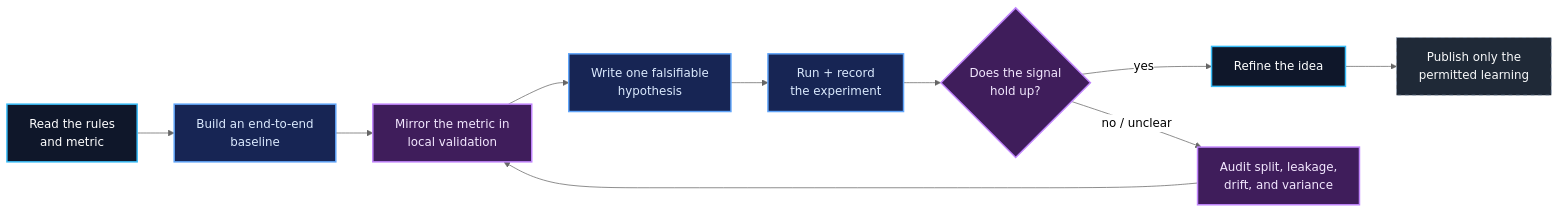
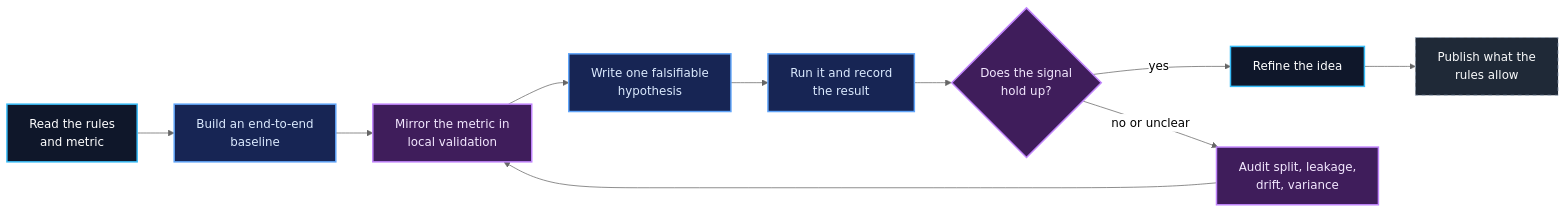
Before and after one commit to PascalAI2024/Kaggle-Portfolio: the first of 3 diagrams in README.md, drawn with Mermaid (neutral theme). The commit also changed other lines of this file and 1 other file, not shown here.

First line of the commit message:
atlas: stop the labels running off the diagram; readme: plain voice

````diff
--- a/README.md
+++ b/README.md
@@ -42,17 +31,17 @@
 ```mermaid
 flowchart LR
     classDef proof fill:#0F172A,color:#FFFFFF,stroke:#38BDF8,stroke-width:2px
     classDef work fill:#172554,color:#DBEAFE,stroke:#60A5FA,stroke-width:2px
     classDef check fill:#3F1D5B,color:#F3E8FF,stroke:#C084FC,stroke-width:2px
     classDef boundary fill:#1F2937,color:#F9FAFB,stroke:#94A3B8,stroke-dasharray: 5 5
 
     R[Read the rules<br/>and metric]:::proof --> B[Build an end-to-end<br/>baseline]:::work
     B --> V[Mirror the metric in<br/>local validation]:::check
     V --> H[Write one falsifiable<br/>hypothesis]:::work
-    H --> X[Run + record<br/>the experiment]:::work
+    H --> X[Run it and record<br/>the result]:::work
     X --> D{Does the signal<br/>hold up?}:::check
     D -->|yes| I[Refine the idea]:::proof
-    D -->|no / unclear| A[Audit split, leakage,<br/>drift, and variance]:::check
+    D -->|no or unclear| A[Audit split, leakage,<br/>drift, variance]:::check
     A --> V
-    I --> P[Publish only the<br/>permitted learning]:::boundary
+    I --> P[Publish what the<br/>rules allow]:::boundary
 ```
````
